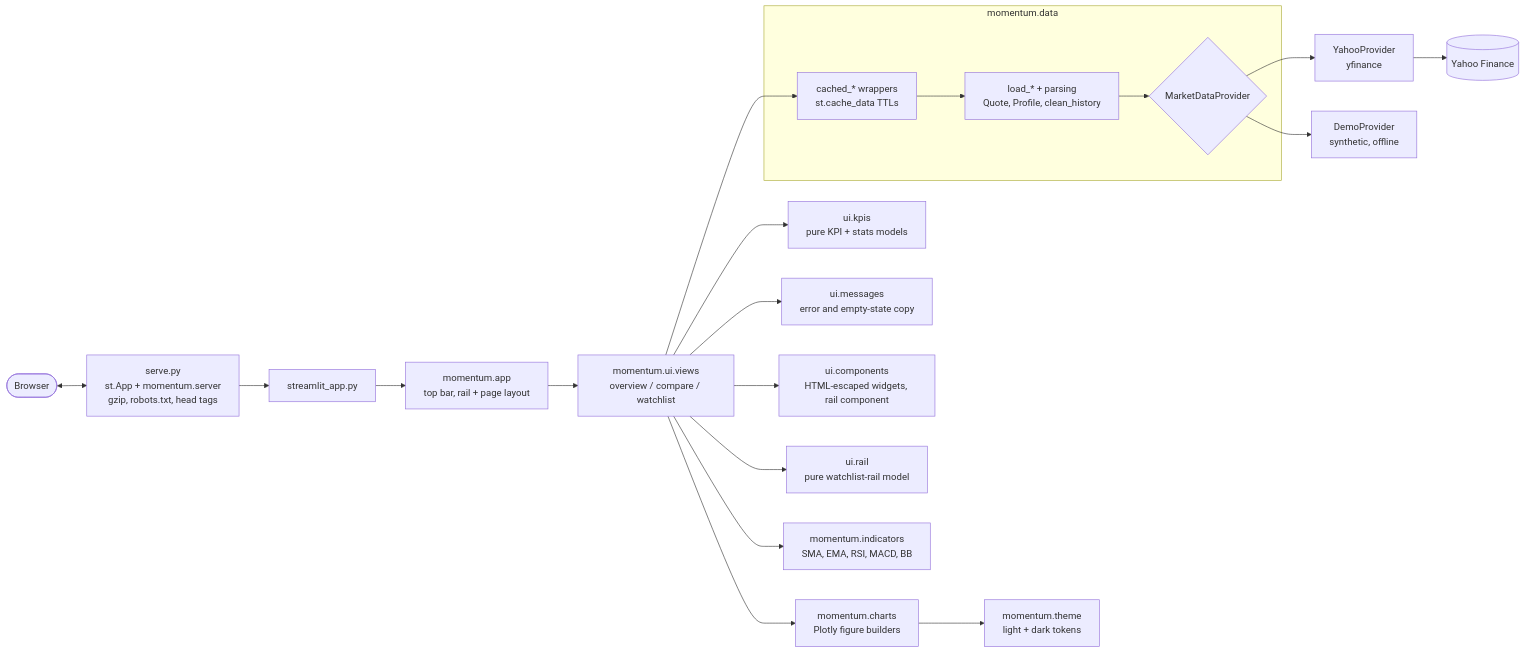
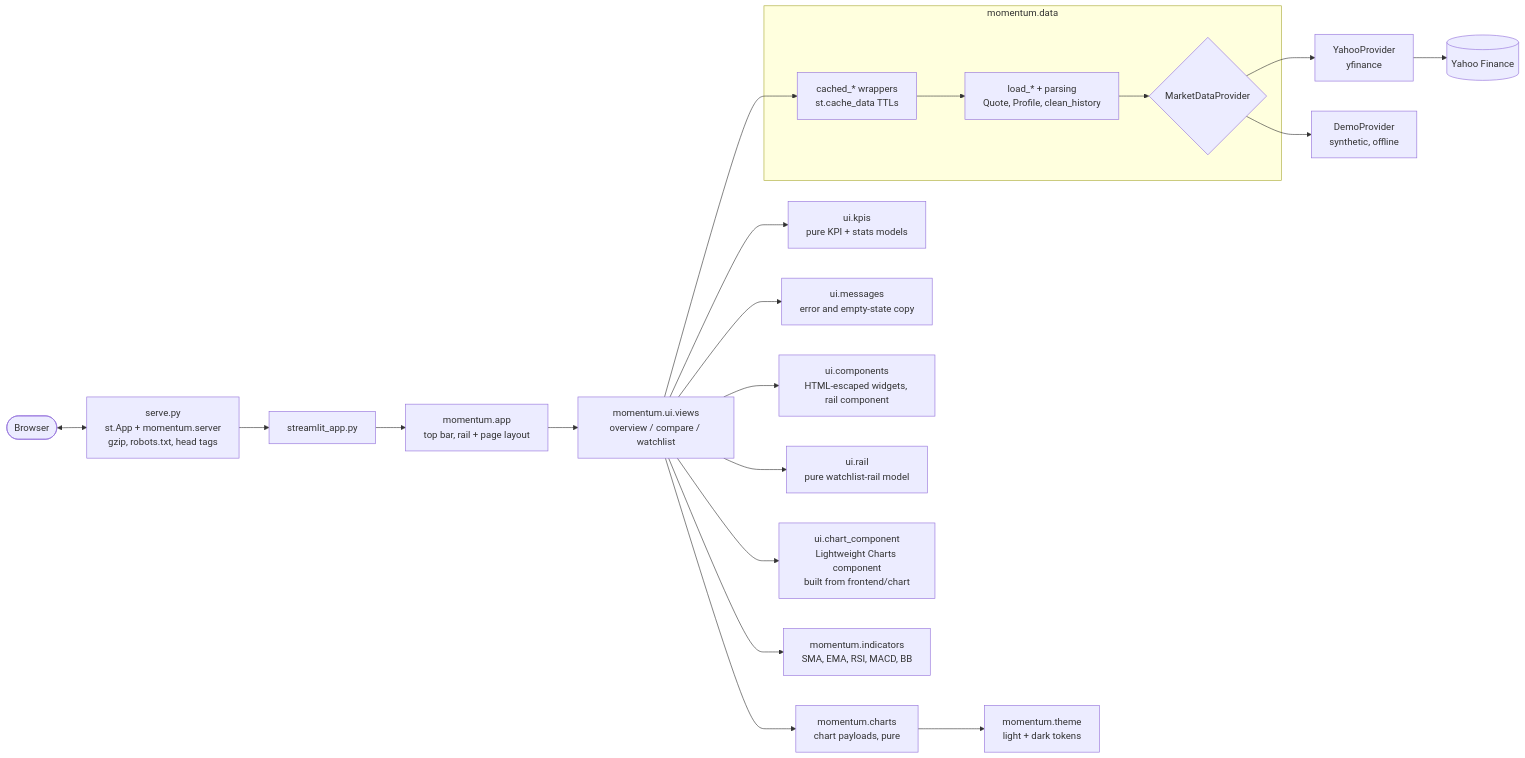
The diagram in README.md (Arya-9989/Momentum-Live-Stock-Tracker), drawn with Mermaid before and after one commit. The commit also changed other lines of this file and 32 other files, not shown here.

First line of the commit message:
feat(charts): TradingView Lightweight Charts instead of Plotly

````diff
--- a/README.md
+++ b/README.md
@@ -157,22 +160,23 @@
 ```mermaid
 flowchart LR
     user([Browser]) <--> serve[serve.py<br/>st.App + momentum.server<br/>gzip, robots.txt, head tags]
     serve --> entry[streamlit_app.py]
     entry --> app[momentum.app<br/>top bar, rail + page layout]
     app --> views[momentum.ui.views<br/>overview / compare / watchlist]
     views --> kpis[ui.kpis<br/>pure KPI + stats models]
     views --> messages[ui.messages<br/>error and empty-state copy]
     views --> components[ui.components<br/>HTML-escaped widgets, rail component]
     views --> rail[ui.rail<br/>pure watchlist-rail model]
     charts --> theme[momentum.theme<br/>light + dark tokens]
-    views --> charts[momentum.charts<br/>Plotly figure builders]
+    views --> charts[momentum.charts<br/>chart payloads, pure]
+    views --> chartc[ui.chart_component<br/>Lightweight Charts component<br/>built from frontend/chart]
     views --> indicators[momentum.indicators<br/>SMA, EMA, RSI, MACD, BB]
     views --> cache
     subgraph data [momentum.data]
         cache[cached_* wrappers<br/>st.cache_data TTLs] --> loaders[load_* + parsing<br/>Quote, Profile, clean_history]
         loaders --> provider{MarketDataProvider}
     end
     provider --> yahoo[YahooProvider<br/>yfinance]
     provider --> demo[DemoProvider<br/>synthetic, offline]
     yahoo --> yf[(Yahoo Finance)]
 ```
````
